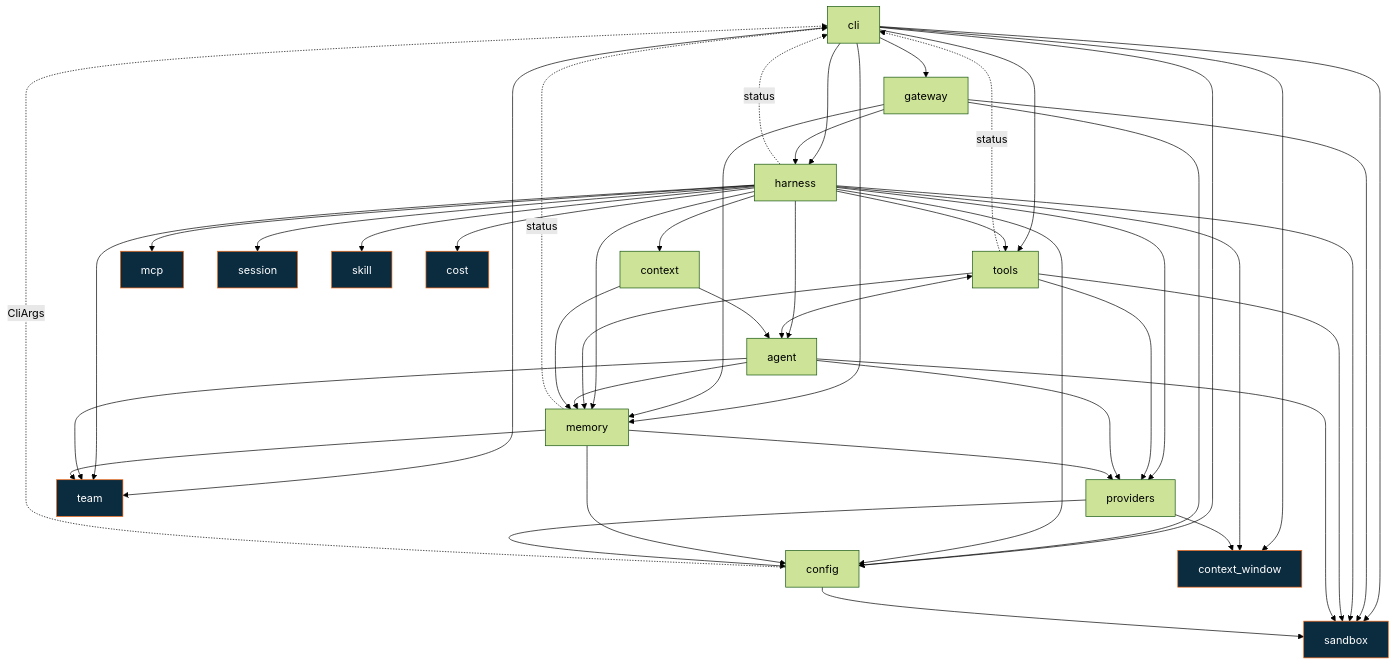
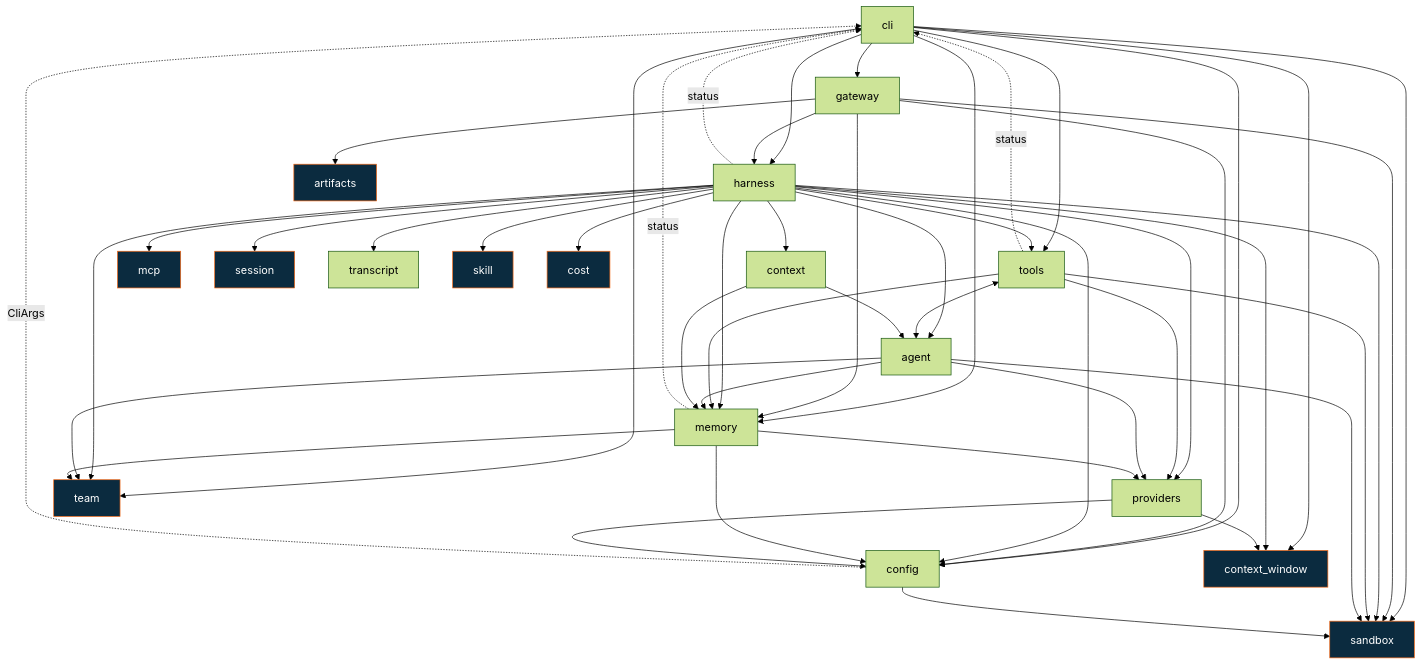
Before and after one commit to aekram43/momo-fetch: the diagram in docs/project-landscape.md, drawn with Mermaid (forest theme). The commit also changed other lines of this file and 8 other files, not shown here.

````diff
--- a/docs/project-landscape.md
+++ b/docs/project-landscape.md
@@ -95,74 +97,78 @@
 ```mermaid
 graph TD
     cli[cli]
     gateway[gateway]
     harness[harness]
     tools[tools]
     agent[agent]
     memory[memory]
     context[context]
     providers[providers]
     config[config]
     team[team]
     mcp[mcp]
     sandbox[sandbox]
     session[session]
+    transcript[transcript]
+    artifacts[artifacts]
     skill[skill]
     cost[cost]
     cw[context_window]
 
     cli --> harness
     cli --> gateway
     cli --> tools
     cli --> memory
     cli --> config
     cli --> team
     cli --> sandbox
     cli --> cw
 
     gateway --> harness
+    gateway --> artifacts
     gateway --> config
     gateway --> memory
     gateway --> sandbox
 
     harness --> agent
     harness --> tools
     harness --> context
     harness --> mcp
     harness --> session
+    harness --> transcript
     harness --> skill
     harness --> cost
     harness --> providers
     harness --> memory
     harness --> config
     harness --> sandbox
     harness --> team
     harness --> cw
 
     tools --> memory
     tools --> providers
     tools --> sandbox
     tools <--> agent
 
     agent --> memory
     agent --> providers
     agent --> sandbox
     agent --> team
 
     context --> agent
     context --> memory
     memory --> config
     memory --> providers
     memory --> team
     providers --> config
     providers --> cw
     config --> sandbox
 
     harness -. status .-> cli
     memory -. status .-> cli
     tools -. status .-> cli
     config -. CliArgs .-> cli
 
     classDef leaf fill:#0b2b3f,stroke:#f76915,color:#fff
-    class sandbox,session,skill,cost,mcp,team,cw leaf
+    class sandbox,session,skill,cost,mcp,team,cw,artifacts leaf
 ```
````
